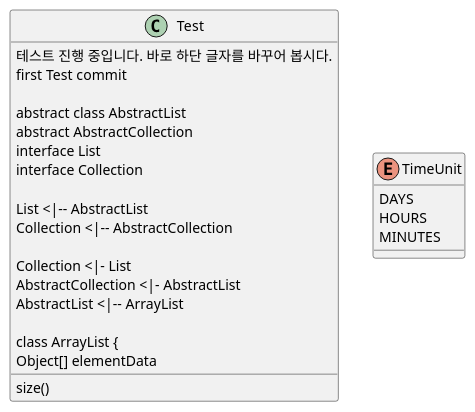
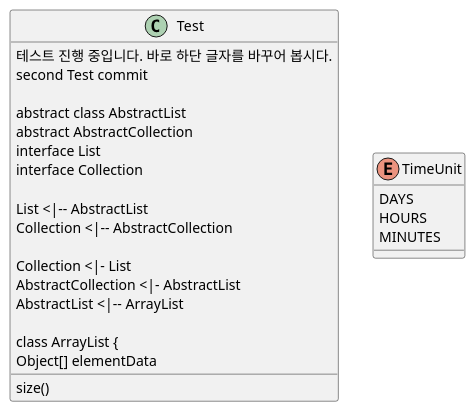
Before and after one commit to PTUnique/PTUniqueTeam2: the diagram in architecture.puml, drawn with PlantUML.

Commit message:
수정:: architecture.puml :: first > second

```diff
--- a/architecture.puml
+++ b/architecture.puml
@@ -1,30 +1,30 @@
 @startuml
 
 class Test{
 테스트 진행 중입니다. 바로 하단 글자를 바꾸어 봅시다.
-first Test commit
+second Test commit
 
 abstract class AbstractList
 abstract AbstractCollection
 interface List
 interface Collection
 
 List <|-- AbstractList
 Collection <|-- AbstractCollection
 
 Collection <|- List
 AbstractCollection <|- AbstractList
 AbstractList <|-- ArrayList
 
 class ArrayList {
 Object[] elementData
 size()
 }
 
 enum TimeUnit {
 DAYS
 HOURS
 MINUTES
 }
 
 @enduml
```
